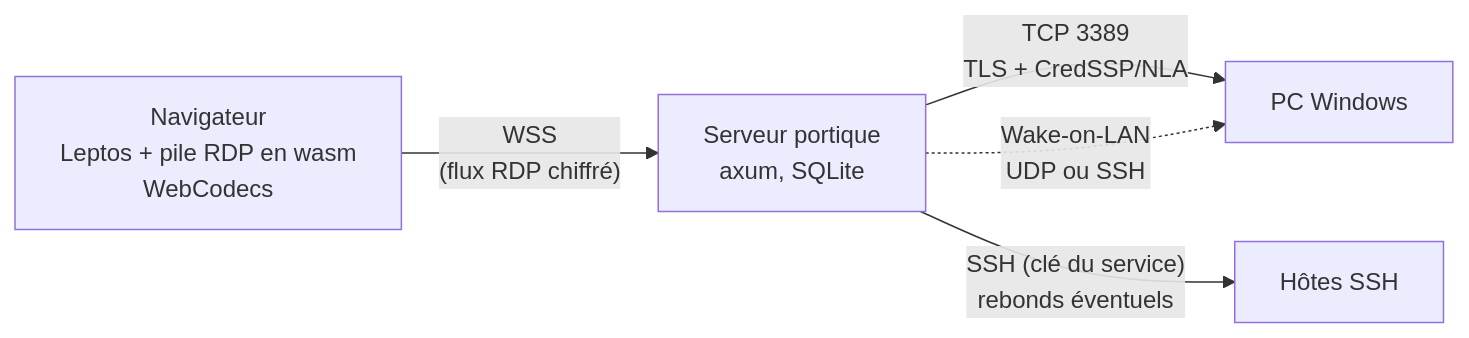
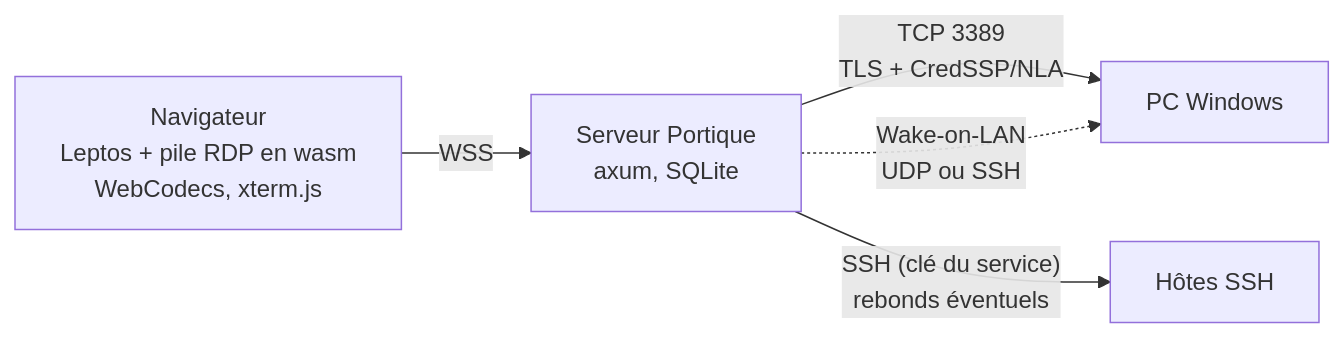
The diagram in README.md (neotoxicfr/portique), drawn with Mermaid before and after one commit. The commit also changed other lines of this file and 11 other files, not shown here.

````diff
--- a/README.md
+++ b/README.md
@@ -59,7 +177,7 @@
 ```mermaid
 flowchart LR
-    B["Navigateur<br/>Leptos + pile RDP en wasm<br/>WebCodecs"] -- "WSS<br/>(flux RDP chiffré)" --> S["Serveur portique<br/>axum, SQLite"]
+    B["Navigateur<br/>Leptos + pile RDP en wasm<br/>WebCodecs, xterm.js"] -- "WSS" --> S["Serveur Portique<br/>axum, SQLite"]
     S -- "TCP 3389<br/>TLS + CredSSP/NLA" --> P["PC Windows"]
+    S -- "SSH (clé du service)<br/>rebonds éventuels" --> H["Hôtes SSH"]
     S -. "Wake-on-LAN<br/>UDP ou SSH" .-> P
-    S -- "SSH (clé du service)<br/>rebonds éventuels" --> H["Hôtes SSH"]
 ```
````
